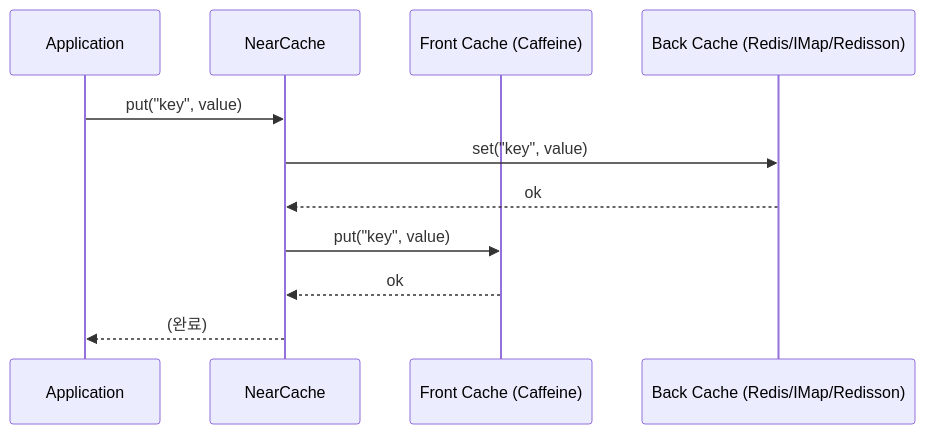
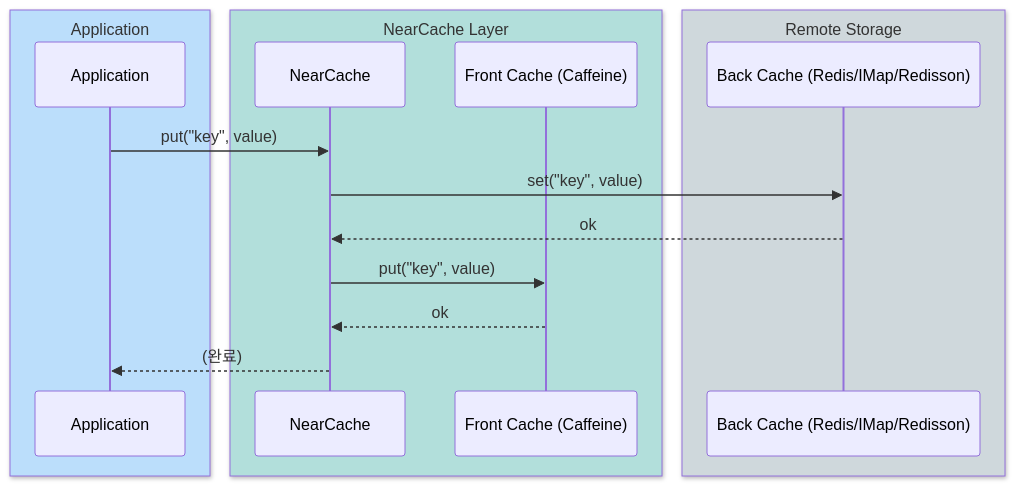
One commit to bluetape4k/bluetape4k-projects changed the second of 7 diagrams in infra/cache-core/README.ko.md. Above: the diagram before and after it, drawn with Mermaid. The commit also changed other lines of this file and 221 other files, not shown here.

First line of the commit message:
docs: 전체 모듈 README UML 다이어그램 보강 및 색상 업그레이드

````diff
--- a/infra/cache-core/README.ko.md
+++ b/infra/cache-core/README.ko.md
@@ -72,13 +78,19 @@
 ```mermaid
 sequenceDiagram
+    box rgb(187,222,251) Application
     participant App as Application
+    end
+    box rgb(178,223,219) NearCache Layer
     participant NC as NearCache
     participant Front as Front Cache (Caffeine)
+    end
+    box rgb(207,216,220) Remote Storage
     participant Back as Back Cache (Redis/IMap/Redisson)
+    end
     App ->> NC: put("key", value)
     NC ->> Back: set("key", value)
     Back -->> NC: ok
     NC ->> Front: put("key", value)
     Front -->> NC: ok
     NC -->> App: (완료)
 ```
````
